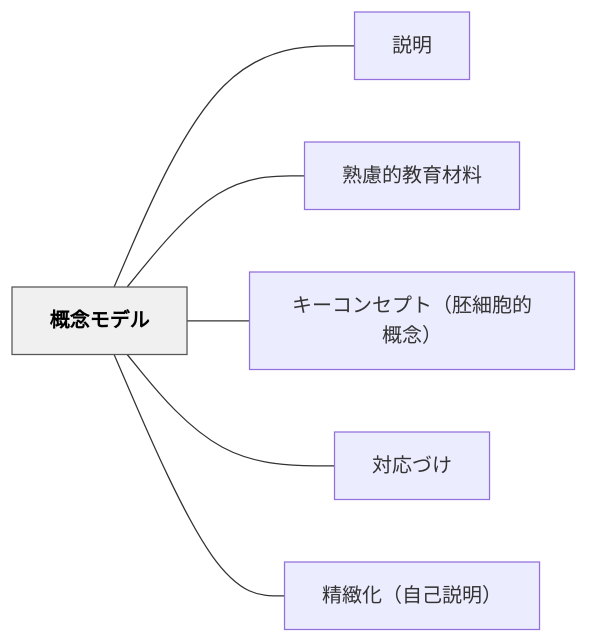
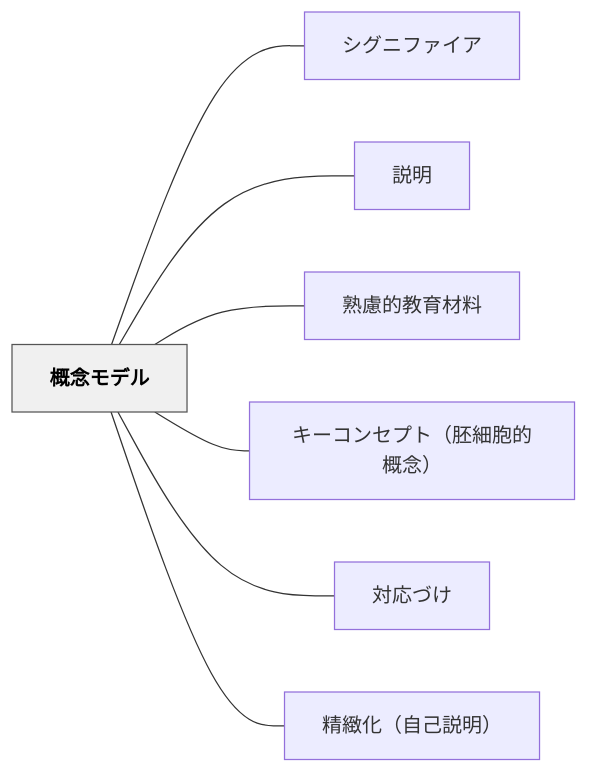
The diagram in content/パタン/概念モデル.md (unknownthings-ed-patterns/unknownthings-ed-patterns), drawn with Mermaid before and after one commit. The commit also changed other lines of this file and 100 other files, not shown here.

````diff
--- a/content/パタン/概念モデル.md
+++ b/content/パタン/概念モデル.md
@@ -46,18 +47,20 @@
 ```mermaid
 flowchart LR
     ne6a682e5bfb5e383a2e38387e383ab["概念モデル"]
+    ne382b7e382b0e3838be38395e382a1e382a4e382a2["シグニファイア"]
     ne8aaace6988e["説明"]
     ne7869fe685aee79a84e69599e882b2e69d90e69699["熟慮的教育材料"]
     ne382ade383bce382b3e383b3e382bbe38397e38388efbc88e8839ae7b4b0e8839ee79a84e6a682e5bfb5efbc89["キーコンセプト（胚細胞的概念）"]
     ne5afbee5bf9ce381a5e38191["対応づけ"]
     ne7b2bee7b7bbe58c96efbc88e887aae5b7b1e8aaace6988eefbc89["精緻化（自己説明）"]
 
+    ne6a682e5bfb5e383a2e38387e383ab --- ne382b7e382b0e3838be38395e382a1e382a4e382a2
     ne6a682e5bfb5e383a2e38387e383ab --- ne8aaace6988e
     ne6a682e5bfb5e383a2e38387e383ab --- ne7869fe685aee79a84e69599e882b2e69d90e69699
     ne6a682e5bfb5e383a2e38387e383ab --- ne382ade383bce382b3e383b3e382bbe38397e38388efbc88e8839ae7b4b0e8839ee79a84e6a682e5bfb5efbc89
     ne6a682e5bfb5e383a2e38387e383ab --- ne5afbee5bf9ce381a5e38191
     ne6a682e5bfb5e383a2e38387e383ab --- ne7b2bee7b7bbe58c96efbc88e887aae5b7b1e8aaace6988eefbc89
 
     classDef hub fill:#f0f0f0,stroke:#555,color:#000,font-weight:bold
     class ne6a682e5bfb5e383a2e38387e383ab hub
 ```
````
